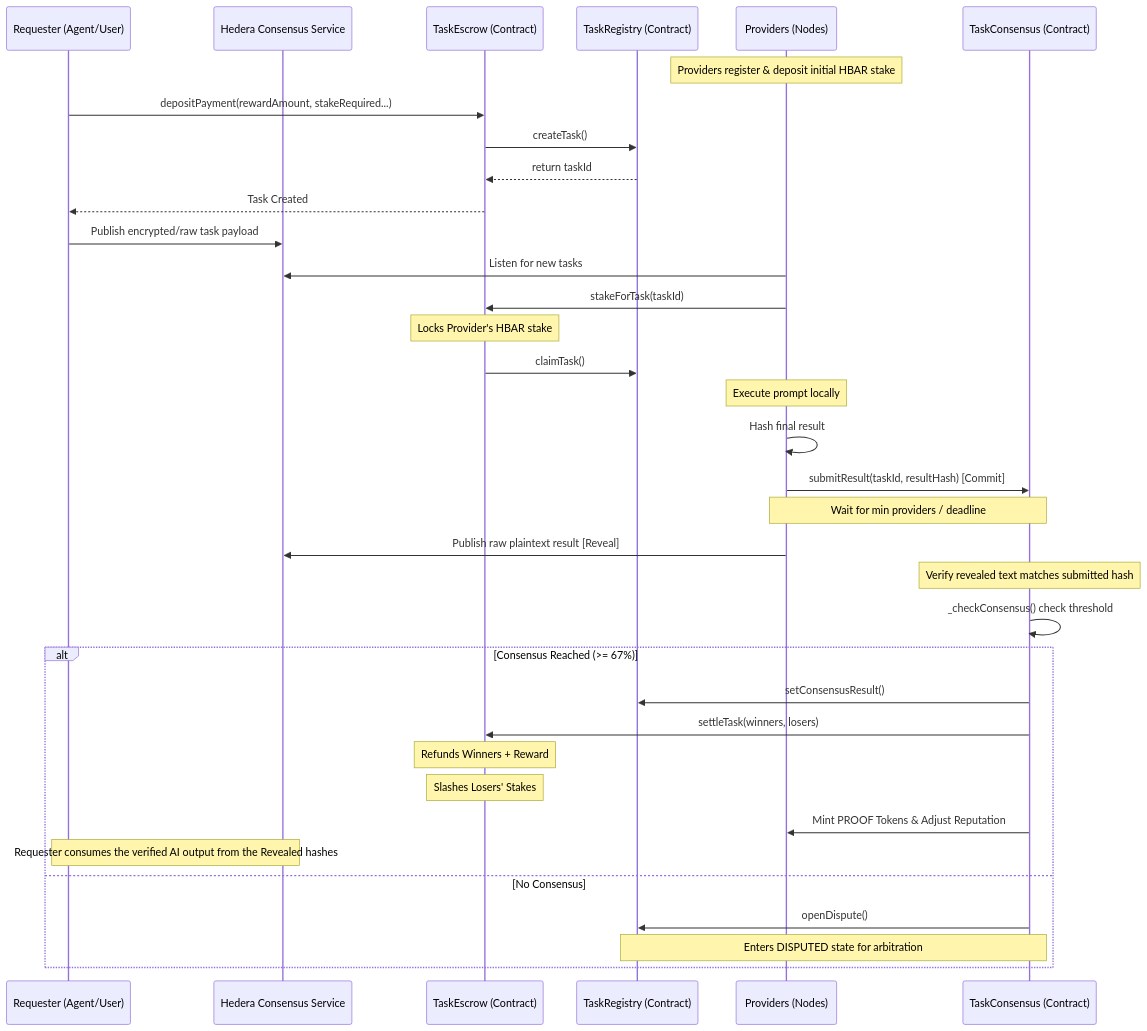
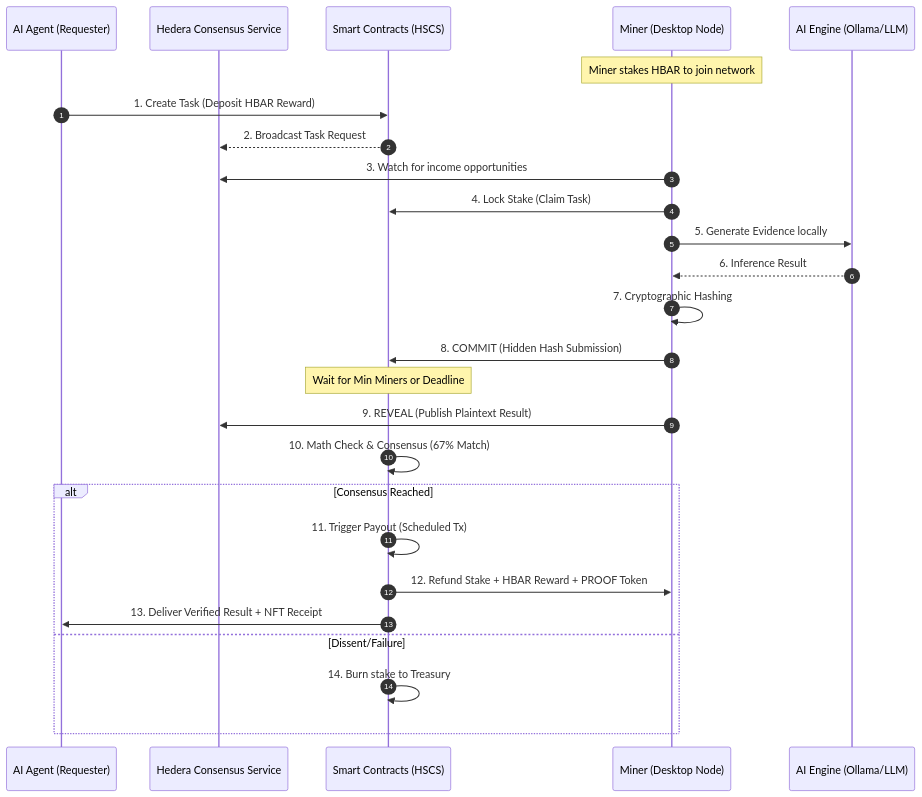
The diagram in README.md (Khalid-000-ME/proofclaw), drawn with Mermaid before and after one commit. The commit also changed other lines of this file, not shown here.

````diff
--- a/README.md
+++ b/README.md
@@ -49,52 +90,36 @@
 ```mermaid
 sequenceDiagram
-    participant R as Requester (Agent/User)
+    autonumber
+    participant A as AI Agent (Requester)
     participant HCS as Hedera Consensus Service
-    participant TE as TaskEscrow (Contract)
-    participant TR as TaskRegistry (Contract)
-    participant P as Providers (Nodes)
-    participant TC as TaskConsensus (Contract)
+    participant SC as Smart Contracts (HSCS)
+    participant M as Miner (Desktop Node)
+    participant LLM as AI Engine (Ollama/LLM)
 
-    Note over P: Providers register & deposit initial HBAR stake
-
-    %% Task Creation
-    R->>TE: depositPayment(rewardAmount, stakeRequired...)
-    TE->>TR: createTask()
-    TR-->>TE: return taskId
-    TE-->>R: Task Created
-    R->>HCS: Publish encrypted/raw task payload
-
-    %% Task Claiming
-    P->>HCS: Listen for new tasks
-    P->>TE: stakeForTask(taskId)
-    Note over TE: Locks Provider's HBAR stake
-    TE->>TR: claimTask()
-
-    %% Execution & Commit-Reveal Submission
-    Note over P: Execute prompt locally
-    P->>P: Hash final result
-    P->>TC: submitResult(taskId, resultHash) [Commit]
-
-    Note over P, TC: Wait for min providers / deadline
+    Note over M: Miner stakes HBAR to join network
     
-    P->>HCS: Publish raw plaintext result [Reveal]
-    Note over TC: Verify revealed text matches submitted hash
-
-    %% Consensus Check
-    TC->>TC: _checkConsensus() check threshold
+    A->>SC: 1. Create Task (Deposit HBAR Reward)
+    SC-->>HCS: 2. Broadcast Task Request
     
-    alt Consensus Reached (>= 67%)
-        TC->>TR: setConsensusResult()
-        TC->>TE: settleTask(winners, losers)
-        
-        Note over TE: Refunds Winners + Reward
-        Note over TE: Slashes Losers' Stakes
-        
-        TC->>P: Mint PROOF Tokens & Adjust Reputation
-        
-        Note over HCS, R: Requester consumes the verified AI output from the Revealed hashes
-    else No Consensus
-        TC->>TR: openDispute()
-        Note over TC, TR: Enters DISPUTED state for arbitration
+    M->>HCS: 3. Watch for income opportunities
+    M->>SC: 4. Lock Stake (Claim Task)
+    
+    M->>LLM: 5. Generate Evidence locally
+    LLM-->>M: 6. Inference Result
+    
+    M->>M: 7. Cryptographic Hashing
+    M->>SC: 8. COMMIT (Hidden Hash Submission)
+    
+    Note over SC: Wait for Min Miners or Deadline
+    
+    M->>HCS: 9. REVEAL (Publish Plaintext Result)
+    SC->>SC: 10. Math Check & Consensus (67% Match)
+    
+    alt Consensus Reached
+        SC->>SC: 11. Trigger Payout (Scheduled Tx)
+        SC->>M: 12. Refund Stake + HBAR Reward + PROOF Token
+        SC->>A: 13. Deliver Verified Result + NFT Receipt
+    else Dissent/Failure
+        SC->>SC: 14. Burn stake to Treasury
     end
 ```
````
